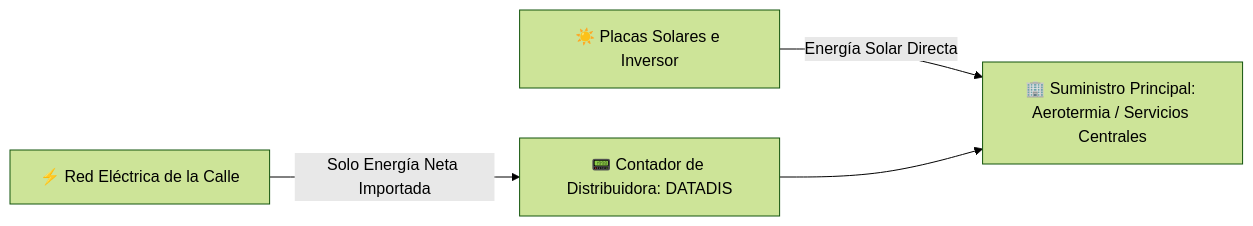
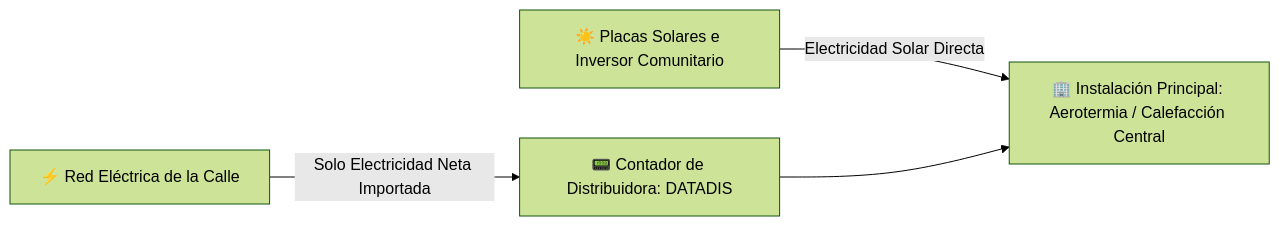
Before and after one commit to marcosDLCS/electricity-share-distributor: the first of 2 diagrams in docs/GUIDE_ES.md, drawn with Mermaid (forest theme). The commit also changed other lines of this file and 5 other files, not shown here.

````diff
--- a/docs/GUIDE_ES.md
+++ b/docs/GUIDE_ES.md
@@ -41,6 +57,6 @@
 ```mermaid
 graph LR
-    Solar[☀️ Placas Solares e Inversor] -->|Energía Solar Directa| PrimaryLoad[🏢 Suministro Principal: Aerotermia / Servicios Centrales]
-    StreetGrid[⚡ Red Eléctrica de la Calle] -->|Solo Energía Neta Importada| UtilityMeter[📟 Contador de Distribuidora: DATADIS]
+    Solar[☀️ Placas Solares e Inversor Comunitario] -->|Electricidad Solar Directa| PrimaryLoad[🏢 Instalación Principal: Aerotermia / Calefacción Central]
+    StreetGrid[⚡ Red Eléctrica de la Calle] -->|Solo Electricidad Neta Importada| UtilityMeter[📟 Contador de Distribuidora: DATADIS]
     UtilityMeter --> PrimaryLoad
 ```
````
